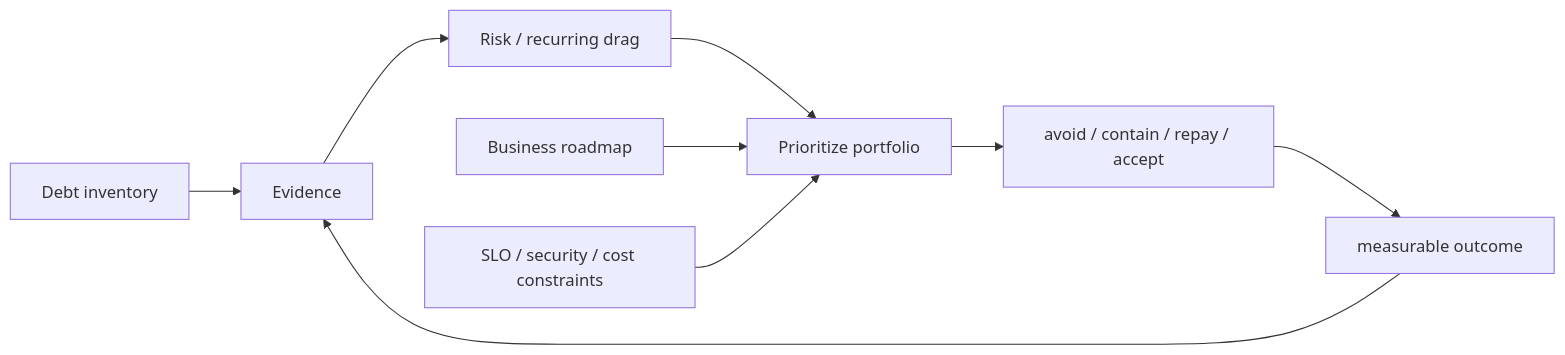
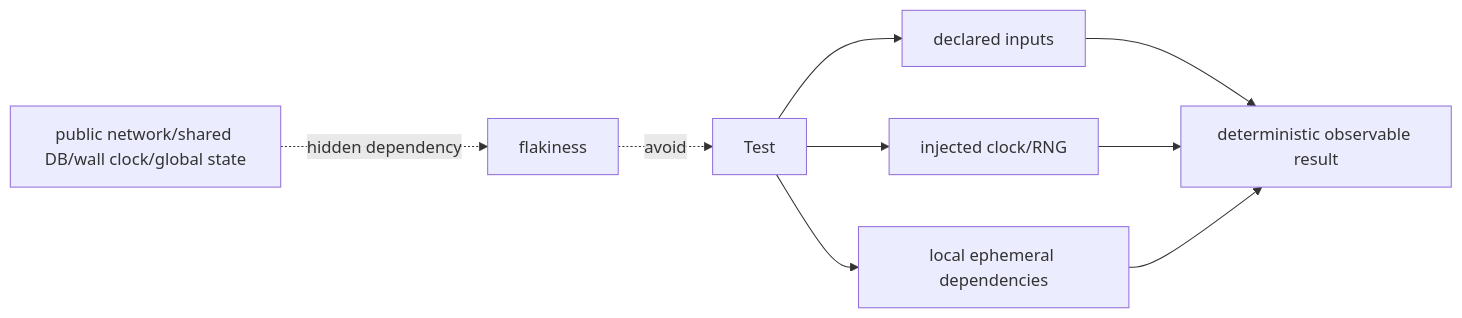
One commit to cebrailbagatarhan/software-engineering-interview-roadmap changed the second of 2 diagrams in daily/2026-09-22/10-00.md. Above: the diagram before and after it, drawn with Mermaid. The commit also changed other lines of this file, not shown here.

````diff
--- a/daily/2026-09-22/10-00.md
+++ b/daily/2026-09-22/10-00.md
@@ -95,11 +86,11 @@
 ```mermaid
 flowchart LR
- D[Debt inventory] --> E[Evidence]
- E --> R[Risk / recurring drag]
- R --> P[Prioritize portfolio]
- B[Business roadmap] --> P
- S[SLO / security / cost constraints] --> P
- P --> A[avoid / contain / repay / accept]
- A --> O[measurable outcome]
- O --> E
+ T[Test] --> D[declared inputs]
+ T --> C[injected clock/RNG]
+ T --> L[local ephemeral dependencies]
+ D --> O[deterministic observable result]
+ C --> O
+ L --> O
+ X[public network/shared DB/wall clock/global state] -.hidden dependency.-> F[flakiness]
+ F -.avoid.-> T
 ```
````
